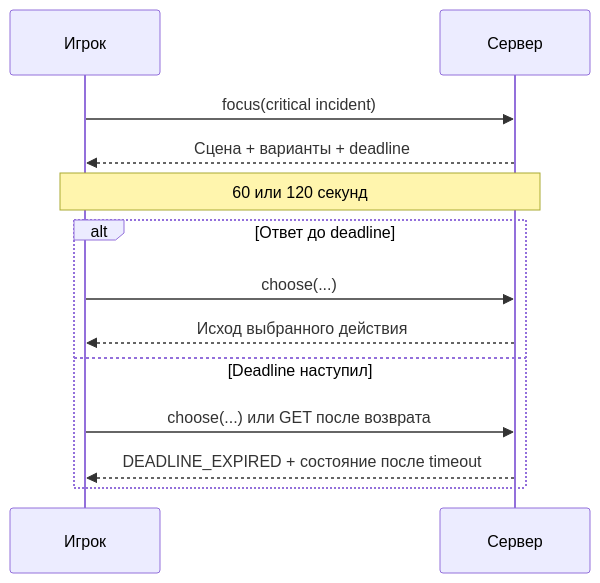
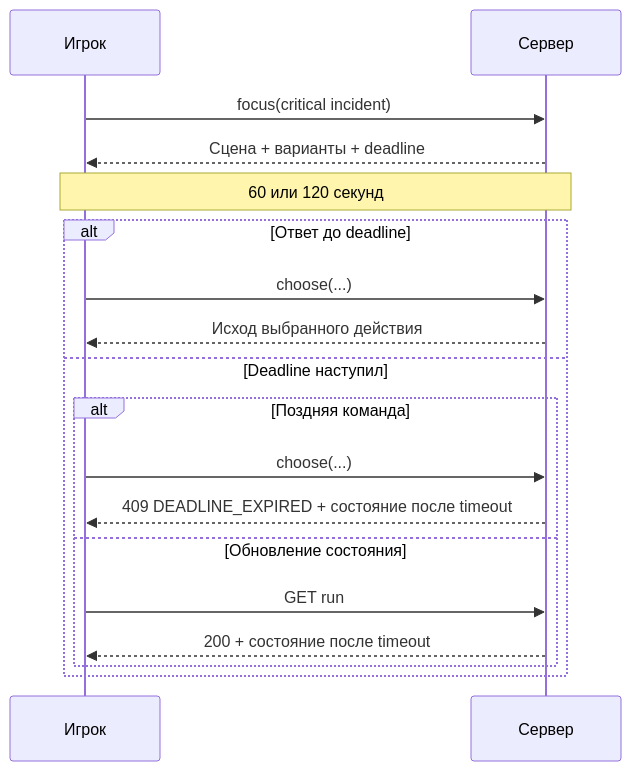
Before and after one commit to RomaGrach/mt-hackathon: the third of 3 diagrams in docs/USER-FLOW.md, drawn with Mermaid. The commit also changed other lines of this file and 15 other files, not shown here.

```diff
--- a/docs/USER-FLOW.md
+++ b/docs/USER-FLOW.md
@@ -189,15 +189,20 @@
 ~~~mermaid
 sequenceDiagram
   participant U as Игрок
   participant S as Сервер
   U->>S: focus(critical incident)
   S-->>U: Сцена + варианты + deadline
   Note over U,S: 60 или 120 секунд
   alt Ответ до deadline
     U->>S: choose(...)
     S-->>U: Исход выбранного действия
   else Deadline наступил
-    U->>S: choose(...) или GET после возврата
-    S-->>U: DEADLINE_EXPIRED + состояние после timeout
+    alt Поздняя команда
+      U->>S: choose(...)
+      S-->>U: 409 DEADLINE_EXPIRED + состояние после timeout
+    else Обновление состояния
+      U->>S: GET run
+      S-->>U: 200 + состояние после timeout
+    end
   end
 ~~~
```
